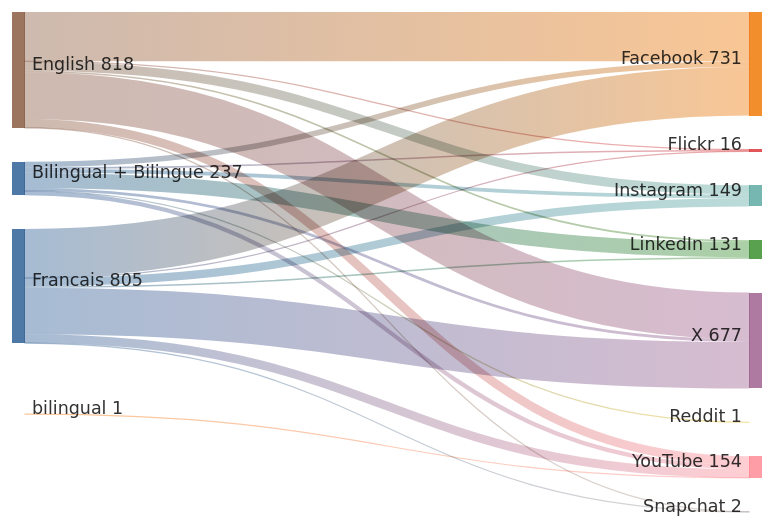
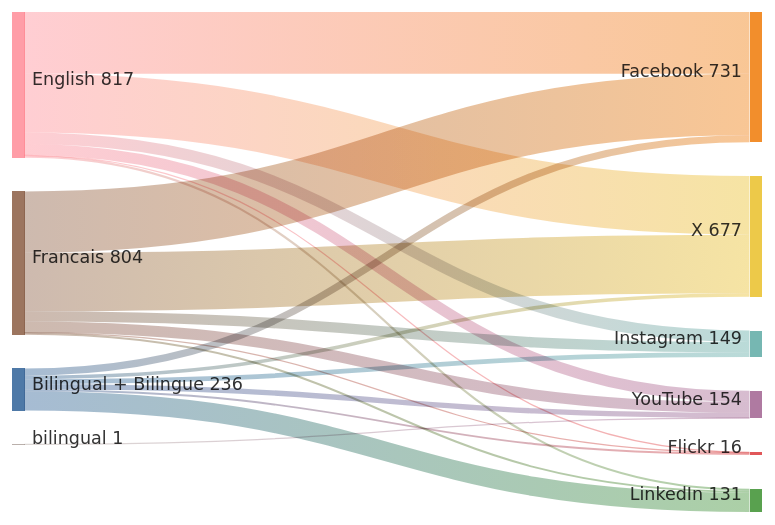
Before and after one commit to PatLittle/GC-Socials: the diagram in sankey_diagram.md, drawn with Mermaid.

Commit message:
Update Sankey diagram for the most recent day

````diff
--- a/sankey_diagram.md
+++ b/sankey_diagram.md
@@ -1,25 +1,22 @@
 ```mermaid
 sankey-beta
   Bilingual + Bilingue,Facebook,40
   Bilingual + Bilingue,Flickr,11
   Bilingual + Bilingue,Instagram,27
   Bilingual + Bilingue,LinkedIn,108
-  Bilingual + Bilingue,Reddit,1
   Bilingual + Bilingue,X,20
   Bilingual + Bilingue,YouTube,30
   English,Facebook,347
   English,Flickr,3
   English,Instagram,64
   English,LinkedIn,12
-  English,Snapchat,1
   English,X,329
   English,YouTube,62
   Francais,Facebook,344
   Francais,Flickr,2
   Francais,Instagram,58
   Francais,LinkedIn,11
-  Francais,Snapchat,1
   Francais,X,328
   Francais,YouTube,61
   bilingual,YouTube,1
 ```
````
